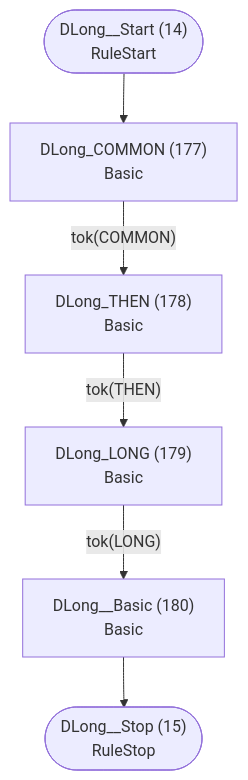
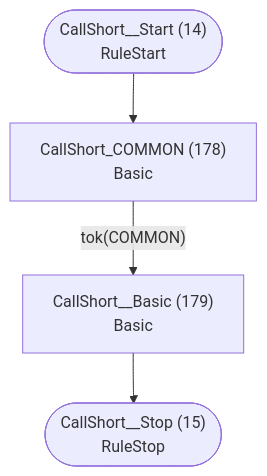
Before and after one commit to TypeFox/fastbelt: the eighth of 41 diagrams in internal/languages/completion/atn.md, drawn with Mermaid. The commit also changed other lines of this file and 11 other files, not shown here.

````diff
--- a/internal/languages/completion/atn.md
+++ b/internal/languages/completion/atn.md
@@ -295,15 +297,11 @@
 ```mermaid
 flowchart TD
-    q14(["DLong__Start (14)<br/>RuleStart"])
-    q15(["DLong__Stop (15)<br/>RuleStop"])
-    q177["DLong_COMMON (177)<br/>Basic<br/>"]
-    q178["DLong_THEN (178)<br/>Basic<br/>"]
-    q179["DLong_LONG (179)<br/>Basic<br/>"]
-    q180["DLong__Basic (180)<br/>Basic<br/>"]
+    q14(["CallShort__Start (14)<br/>RuleStart"])
+    q15(["CallShort__Stop (15)<br/>RuleStop"])
+    q178["CallShort_COMMON (178)<br/>Basic<br/>"]
+    q179["CallShort__Basic (179)<br/>Basic<br/>"]
 
-    q14 --> q177
-    q177 -->|"tok(COMMON)"| q178
-    q178 -->|"tok(THEN)"| q179
-    q179 -->|"tok(LONG)"| q180
-    q180 --> q15
+    q14 --> q178
+    q178 -->|"tok(COMMON)"| q179
+    q179 --> q15
 ```
````
